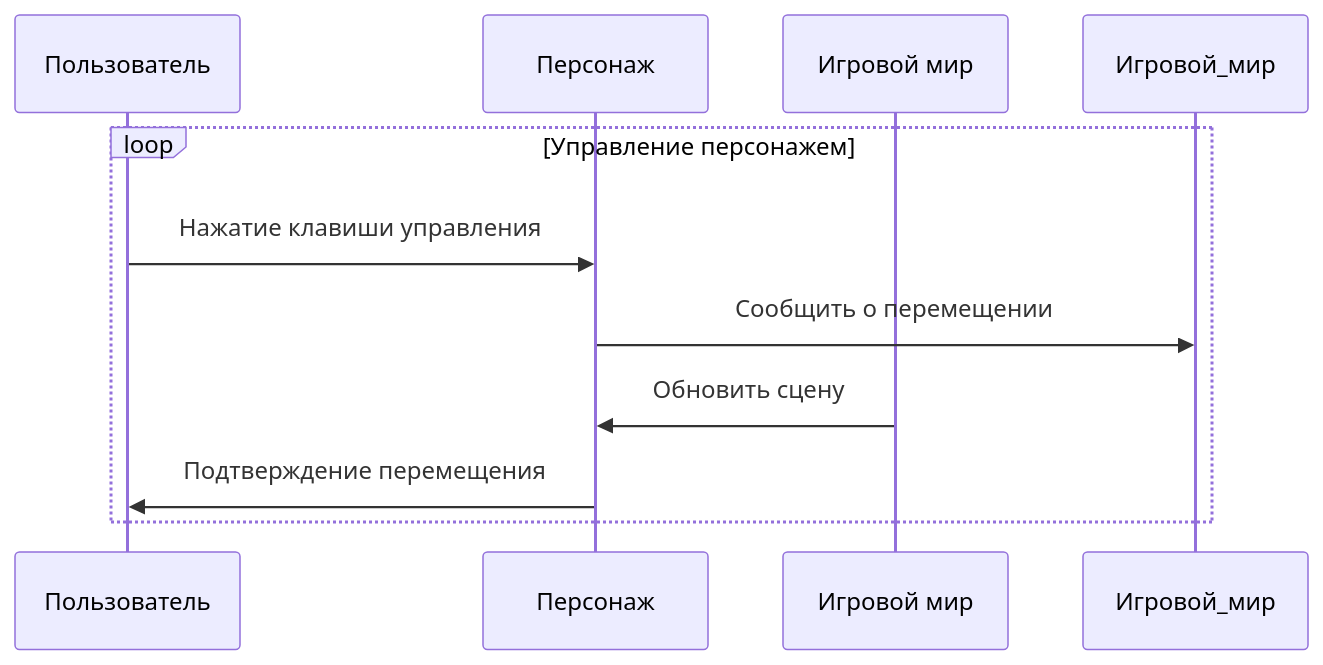
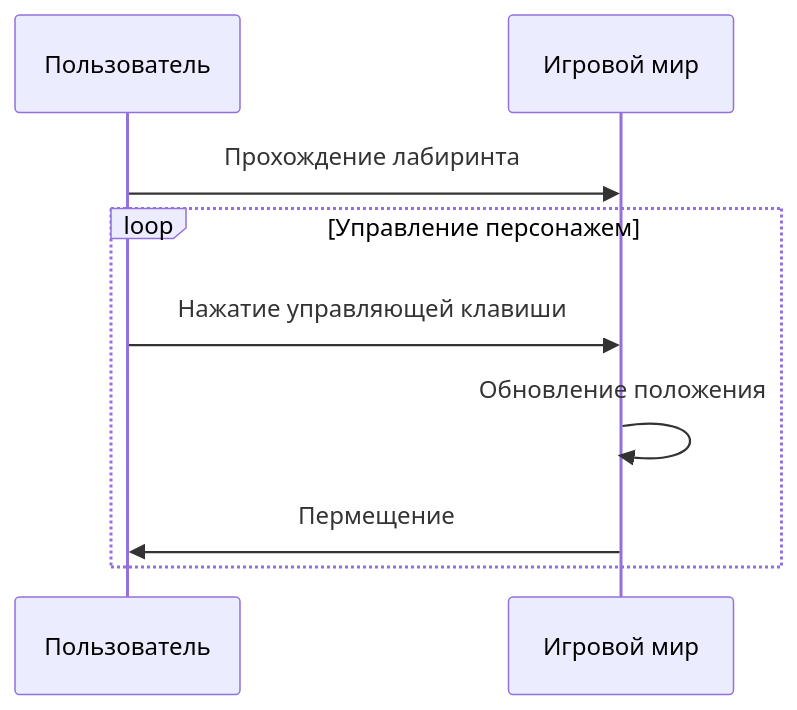
One commit to ArinaTolpa/Lab1.2 changed the fourth of 4 diagrams in docs/behavior.md. Above: the diagram before and after it, drawn with Mermaid. The commit also changed other lines of this file, not shown here.

````diff
--- a/docs/behavior.md
+++ b/docs/behavior.md
@@ -40,14 +68,12 @@
 ```mermaid
 sequenceDiagram
     participant Пользователь
-    participant Персонаж
     participant Игровой мир
 
+    Пользователь ->> Игровой мир: Прохождение лабиринта
     loop Управление персонажем
-        Пользователь ->> Персонаж: Нажатие клавиши управления
-        Персонаж ->> Игровой_мир: Сообщить о перемещении
-        Игровой мир ->> Персонаж: Обновить сцену
-        Персонаж ->> Пользователь: Подтверждение перемещения
+        Пользователь ->> Игровой мир: Нажатие управляющей клавиши
+        Игровой мир ->> Игровой мир: Обновление положения
+        Игровой мир ->> Пользователь: Пермещение
     end
-
 ```
````
